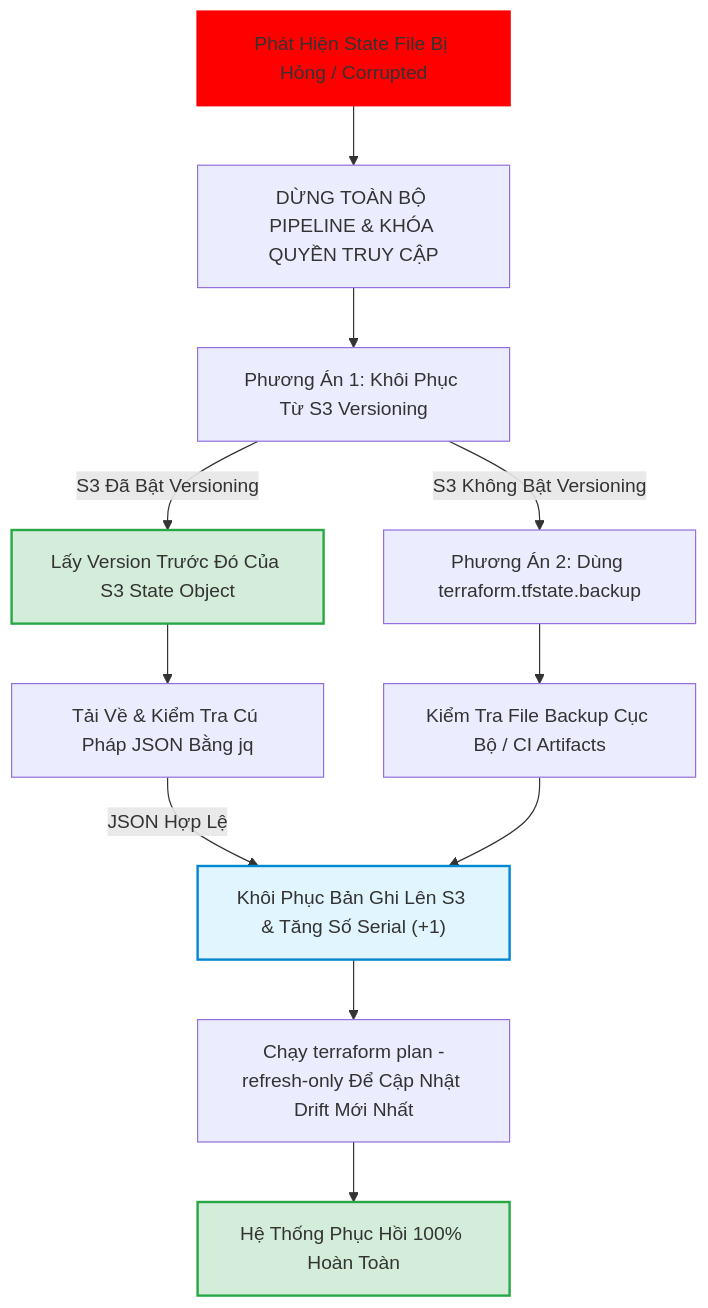
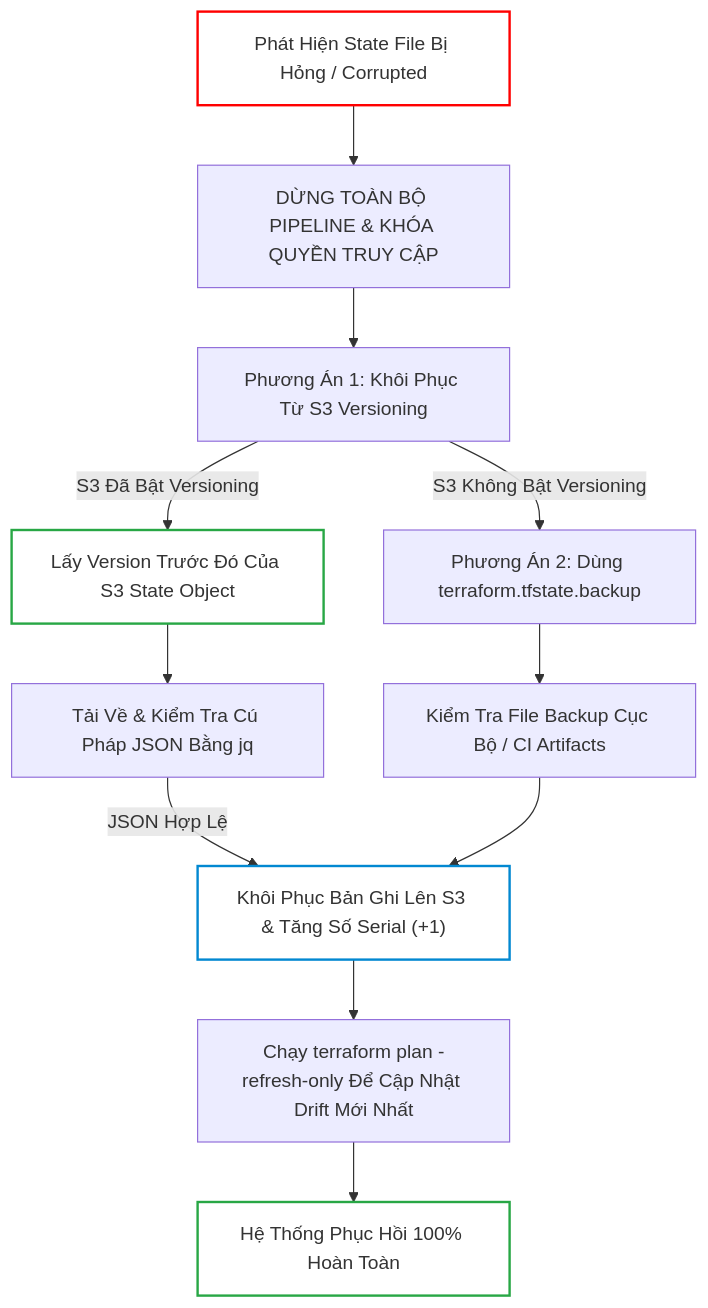
Before and after one commit to kiennt308/ntk: the fourth of 6 diagrams in _posts/2026-09-13-terraform-26-26-go-roi-state-lock-apply-nua-chung-va-cuu-ho-state-corruption.md, drawn with Mermaid. The commit also changed other lines of this file and 207 other files, not shown here.

Commit message:
feat(posts): batch standardize all 208 posts with TL;DR, qa-card accordion, fill:none mermaid, and liquid raw wrappers

````diff
--- a/_posts/2026-09-13-terraform-26-26-go-roi-state-lock-apply-nua-chung-va-cuu-ho-state-corruption.md
+++ b/_posts/2026-09-13-terraform-26-26-go-roi-state-lock-apply-nua-chung-va-cuu-ho-state-corruption.md
@@ -170,20 +174,20 @@
 ```mermaid
 flowchart TD
     A["Phát Hiện State File Bị Hỏng / Corrupted"] --> B["DỪNG TOÀN BỘ PIPELINE & KHÓA QUYỀN TRUY CẬP"]
     B --> C["Phương Án 1: Khôi Phục Từ S3 Versioning"]
     C -->|S3 Đã Bật Versioning| D["Lấy Version Trước Đó Của S3 State Object"]
     D --> E["Tải Về & Kiểm Tra Cú Pháp JSON Bằng jq"]
     E -->|JSON Hợp Lệ| F["Khôi Phục Bản Ghi Lên S3 & Tăng Số Serial (+1)"]
     C -->|S3 Không Bật Versioning| G["Phương Án 2: Dùng terraform.tfstate.backup"]
     G --> H["Kiểm Tra File Backup Cục Bộ / CI Artifacts"]
     H --> F
     F --> I["Chạy terraform plan -refresh-only Để Cập Nhật Drift Mới Nhất"]
     I --> J["Hệ Thống Phục Hồi 100% Hoàn Toàn"]
 
-    style A fill:#ff0000,stroke:#ff0000,stroke-width:2px
-    style D fill:#d4edda,stroke:#28a745,stroke-width:2px
-    style F fill:#e1f5fe,stroke:#0288d1,stroke-width:2px
-    style J fill:#d4edda,stroke:#28a745,stroke-width:2px
+    style A fill:none,stroke:#ff0000,stroke-width:2px
+    style D fill:none,stroke:#28a745,stroke-width:2px
+    style F fill:none,stroke:#0288d1,stroke-width:2px
+    style J fill:none,stroke:#28a745,stroke-width:2px
 
 
 ```
````
